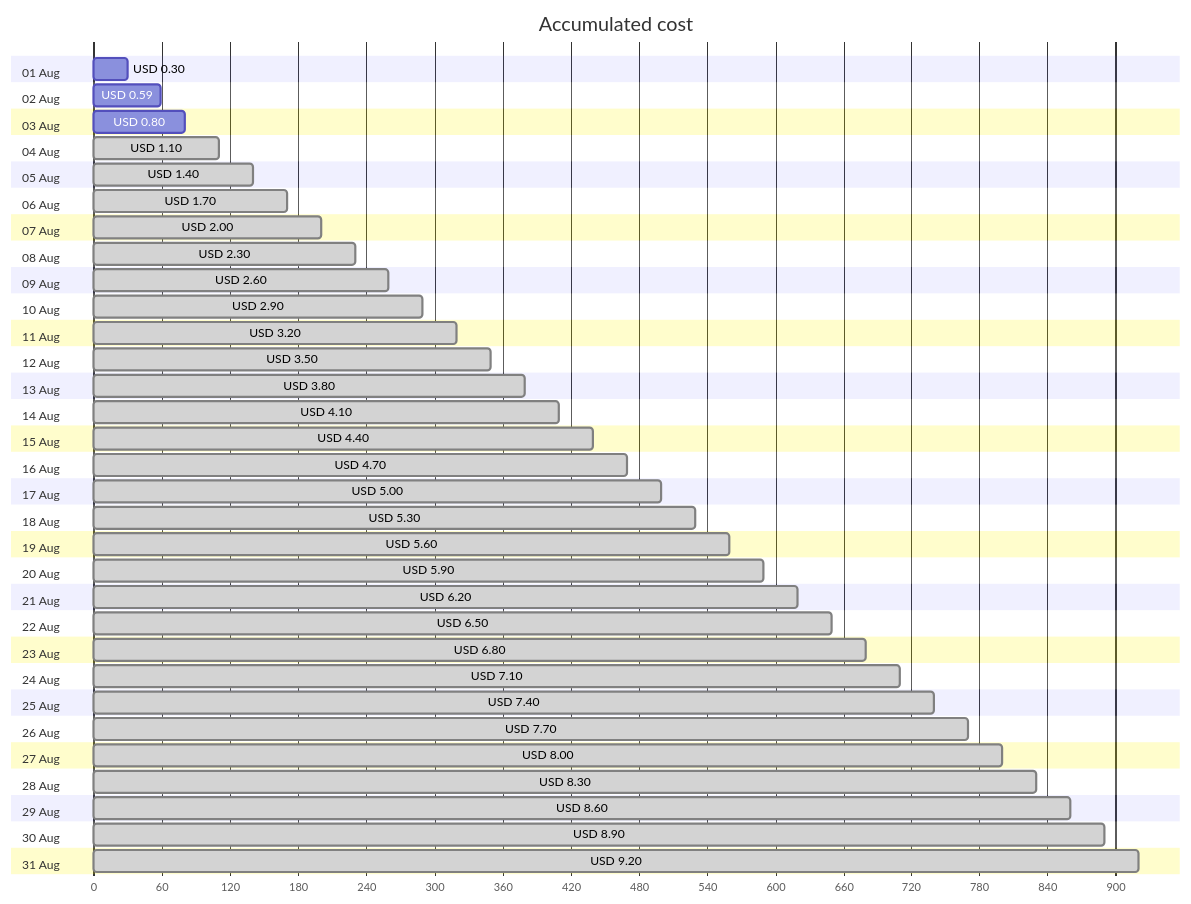
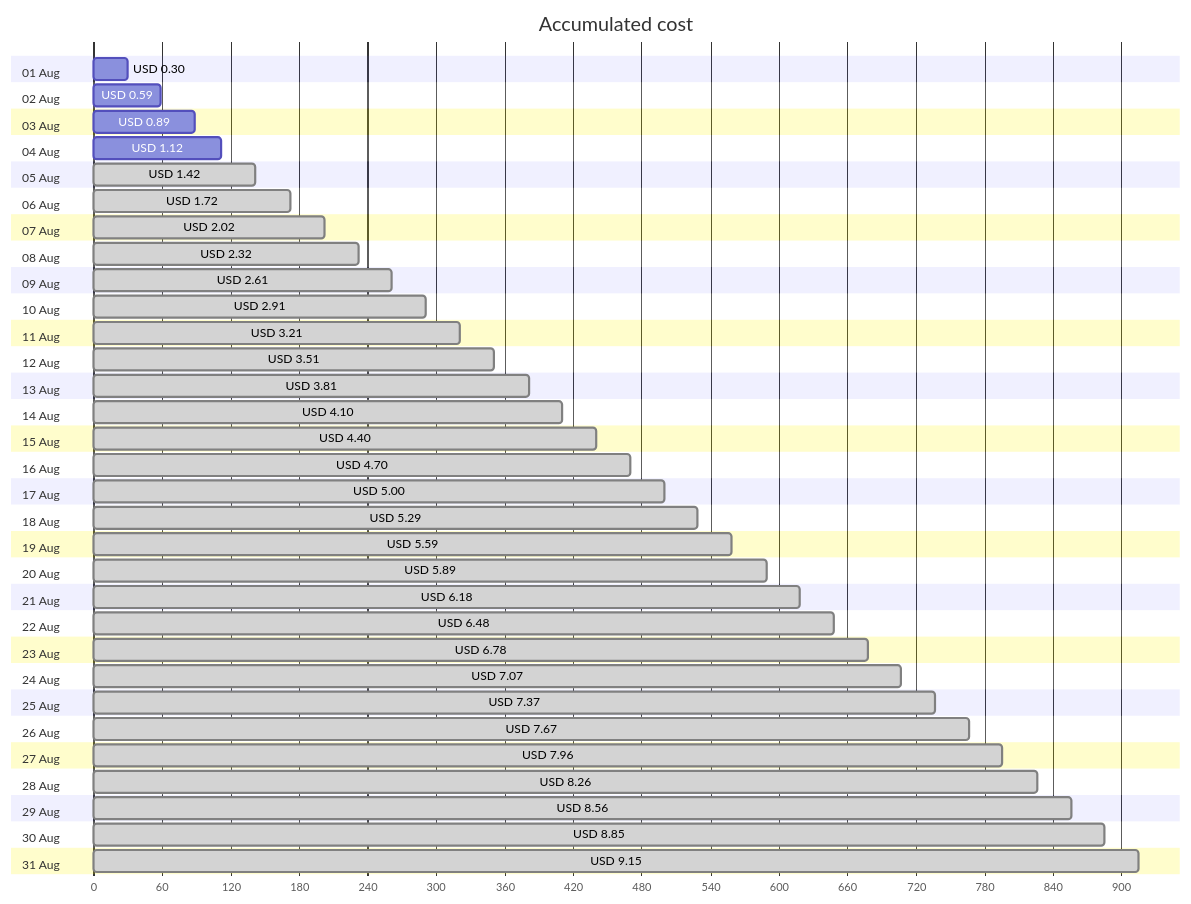
The first of 4 diagrams in cost-reports/personal-site/personal-site-preview.md (jpfulton/azure-personal-reports), drawn with Mermaid before and after one commit. The commit also changed other lines of this file and 6 other files, not shown here.

````diff
--- a/cost-reports/personal-site/personal-site-preview.md
+++ b/cost-reports/personal-site/personal-site-preview.md
@@ -20,68 +20,68 @@
 ```mermaid
 gantt
    title Accumulated cost
    dateFormat  X
    axisFormat %s
    section 01 Aug
    USD 0.30 :0, 30
    section 02 Aug
    USD 0.59 :0, 59
    section 03 Aug
-   USD 0.80 :0, 80
+   USD 0.89 :0, 89
    section 04 Aug
-   USD 1.10 : done, 0, 110
+   USD 1.12 :0, 112
    section 05 Aug
-   USD 1.40 : done, 0, 140
+   USD 1.42 : done, 0, 142
    section 06 Aug
-   USD 1.70 : done, 0, 170
+   USD 1.72 : done, 0, 172
    section 07 Aug
-   USD 2.00 : done, 0, 200
+   USD 2.02 : done, 0, 202
    section 08 Aug
-   USD 2.30 : done, 0, 230
+   USD 2.32 : done, 0, 232
    section 09 Aug
-   USD 2.60 : done, 0, 260
+   USD 2.61 : done, 0, 261
    section 10 Aug
-   USD 2.90 : done, 0, 290
+   USD 2.91 : done, 0, 291
    section 11 Aug
-   USD 3.20 : done, 0, 320
+   USD 3.21 : done, 0, 321
    section 12 Aug
-   USD 3.50 : done, 0, 350
+   USD 3.51 : done, 0, 351
    section 13 Aug
-   USD 3.80 : done, 0, 380
+   USD 3.81 : done, 0, 381
    section 14 Aug
    USD 4.10 : done, 0, 410
    section 15 Aug
    USD 4.40 : done, 0, 440
    section 16 Aug
    USD 4.70 : done, 0, 470
    section 17 Aug
    USD 5.00 : done, 0, 500
    section 18 Aug
-   USD 5.30 : done, 0, 530
+   USD 5.29 : done, 0, 529
    section 19 Aug
-   USD 5.60 : done, 0, 560
+   USD 5.59 : done, 0, 559
    section 20 Aug
-   USD 5.90 : done, 0, 590
+   USD 5.89 : done, 0, 589
    section 21 Aug
-   USD 6.20 : done, 0, 620
+   USD 6.18 : done, 0, 618
    section 22 Aug
-   USD 6.50 : done, 0, 650
+   USD 6.48 : done, 0, 648
    section 23 Aug
-   USD 6.80 : done, 0, 680
+   USD 6.78 : done, 0, 678
    section 24 Aug
-   USD 7.10 : done, 0, 710
+   USD 7.07 : done, 0, 707
    section 25 Aug
-   USD 7.40 : done, 0, 740
+   USD 7.37 : done, 0, 737
    section 26 Aug
-   USD 7.70 : done, 0, 770
+   USD 7.67 : done, 0, 767
    section 27 Aug
-   USD 8.00 : done, 0, 800
+   USD 7.96 : done, 0, 796
    section 28 Aug
-   USD 8.30 : done, 0, 830
+   USD 8.26 : done, 0, 826
    section 29 Aug
-   USD 8.60 : done, 0, 860
+   USD 8.56 : done, 0, 856
    section 30 Aug
-   USD 8.90 : done, 0, 890
+   USD 8.85 : done, 0, 885
    section 31 Aug
-   USD 9.20 : done, 0, 920
+   USD 9.15 : done, 0, 915
 ```
````
